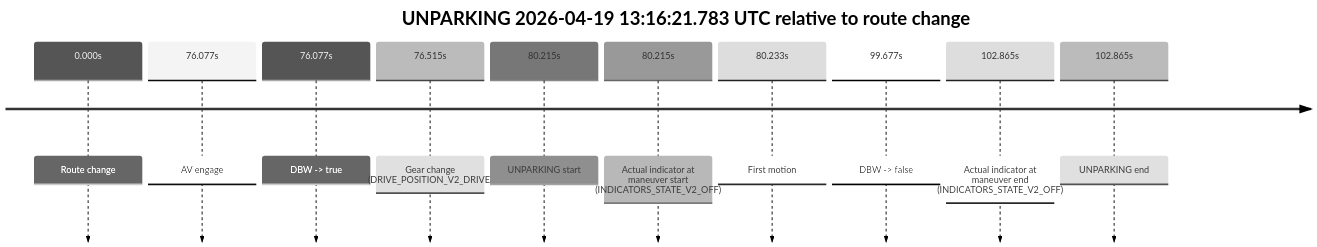
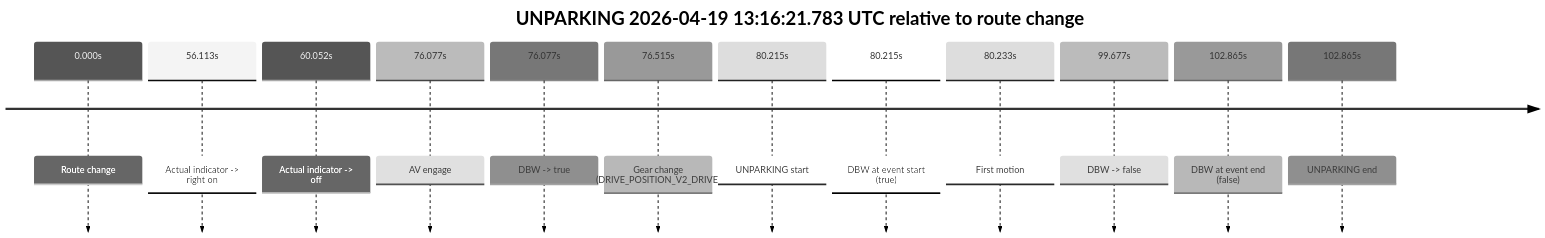
Before and after one commit to yoelshapiro/vault: the third of 3 diagrams in model_analysis/report_cards/2026/04/Week-3/fme20009--2026-04-19--11-40-30--gen2-av-4f3b459d-eff7-4598-8924-fcc92b2d3fe7.md, drawn with Mermaid (neutral theme). The commit also changed other lines of this file and 32 other files, not shown here.

````diff
--- a/model_analysis/report_cards/2026/04/Week-3/fme20009--2026-04-19--11-40-30--gen2-av-4f3b459d-eff7-4598-8924-fcc92b2d3fe7.md
+++ b/model_analysis/report_cards/2026/04/Week-3/fme20009--2026-04-19--11-40-30--gen2-av-4f3b459d-eff7-4598-8924-fcc92b2d3fe7.md
@@ -637,14 +243,16 @@
 ```mermaid
 timeline
     title UNPARKING 2026-04-19 13:16:21.783 UTC relative to route change
     0.000s : Route change
+    56.113s : Actual indicator -> right on
+    60.052s : Actual indicator -> off
     76.077s : AV engage
     76.077s : DBW -> true
     76.515s : Gear change (DRIVE_POSITION_V2_DRIVE)
     80.215s : UNPARKING start
-    80.215s : Actual indicator at maneuver start (INDICATORS_STATE_V2_OFF)
+    80.215s : DBW at event start (true)
     80.233s : First motion
     99.677s : DBW -> false
-    102.865s : Actual indicator at maneuver end (INDICATORS_STATE_V2_OFF)
+    102.865s : DBW at event end (false)
     102.865s : UNPARKING end
 ```
````
